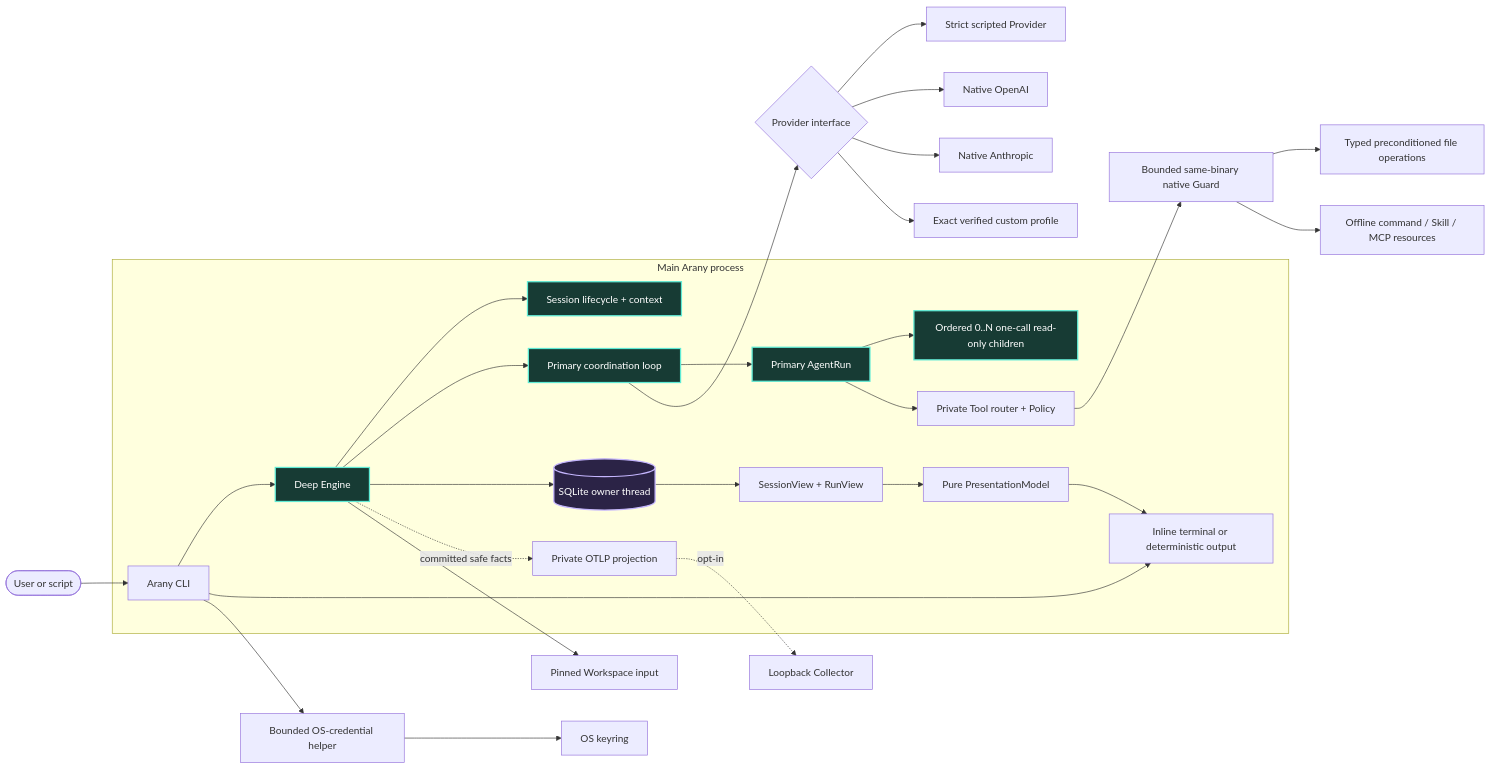
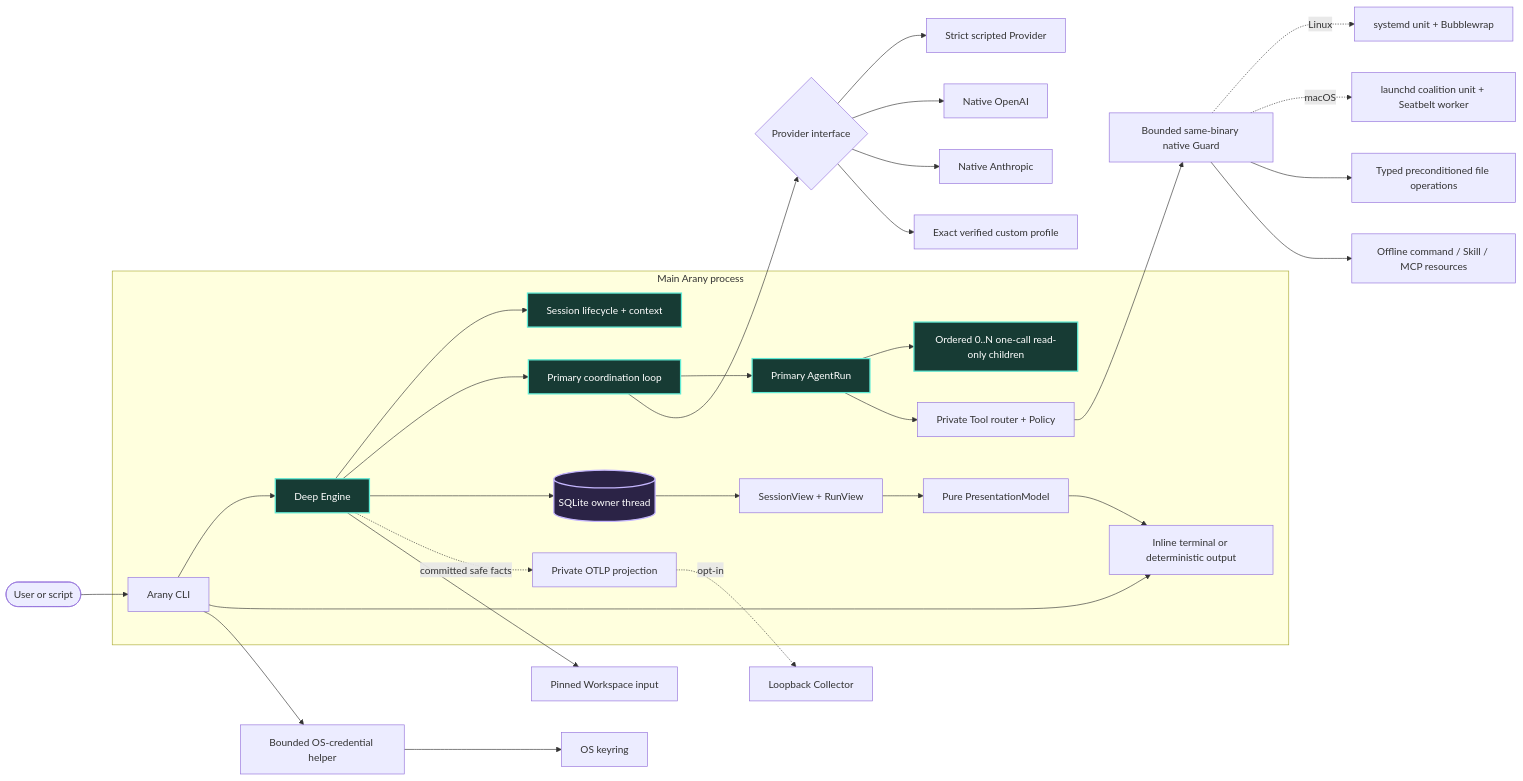
The diagram in docs/architecture/system-overview.md (fpmirabile/arany), drawn with Mermaid before and after one commit. The commit also changed other lines of this file and 31 other files, not shown here.

````diff
--- a/docs/architecture/system-overview.md
+++ b/docs/architecture/system-overview.md
@@ -41,37 +48,39 @@
 ```mermaid
 flowchart LR
     User([User or script]) --> CLI[Arany CLI]
 
     subgraph Process[Main Arany process]
         CLI --> Engine[Deep Engine]
         CLI --> Terminal[Inline terminal or deterministic output]
         Engine --> Session[Session lifecycle + context]
         Engine --> Loop[Primary coordination loop]
         Loop --> Primary[Primary AgentRun]
         Primary --> Children[Ordered 0..N one-call read-only children]
         Primary --> Tools[Private Tool router + Policy]
         Engine --> Store[(SQLite owner thread)]
         Store --> Views[SessionView + RunView]
         Views --> Presentation[Pure PresentationModel]
         Presentation --> Terminal
         Engine -. committed safe facts .-> OTLP[Private OTLP projection]
     end
 
     Loop --> Provider{Provider interface}
     Provider --> Fake[Strict scripted Provider]
     Provider --> OpenAI[Native OpenAI]
     Provider --> Anthropic[Native Anthropic]
     Provider --> Custom[Exact verified custom profile]
     Engine --> Workspace[Pinned Workspace input]
     Tools --> Guard[Bounded same-binary native Guard]
+    Guard -. Linux .-> Systemd[systemd unit + Bubblewrap]
+    Guard -. macOS .-> Launchd[launchd coalition unit + Seatbelt worker]
     Guard --> Files[Typed preconditioned file operations]
     Guard --> Snapshot[Offline command / Skill / MCP resources]
     OTLP -. opt-in .-> Collector[Loopback Collector]
     CLI --> CredentialHelper[Bounded OS-credential helper]
     CredentialHelper --> Keyring[OS keyring]
 
     classDef deep fill:#173b34,color:#fff,stroke:#5eead4,stroke-width:2px;
     classDef canonical fill:#2b2346,color:#fff,stroke:#c4b5fd,stroke-width:2px;
     class Engine,Session,Loop,Primary,Children deep;
     class Store canonical;
 ```
````
